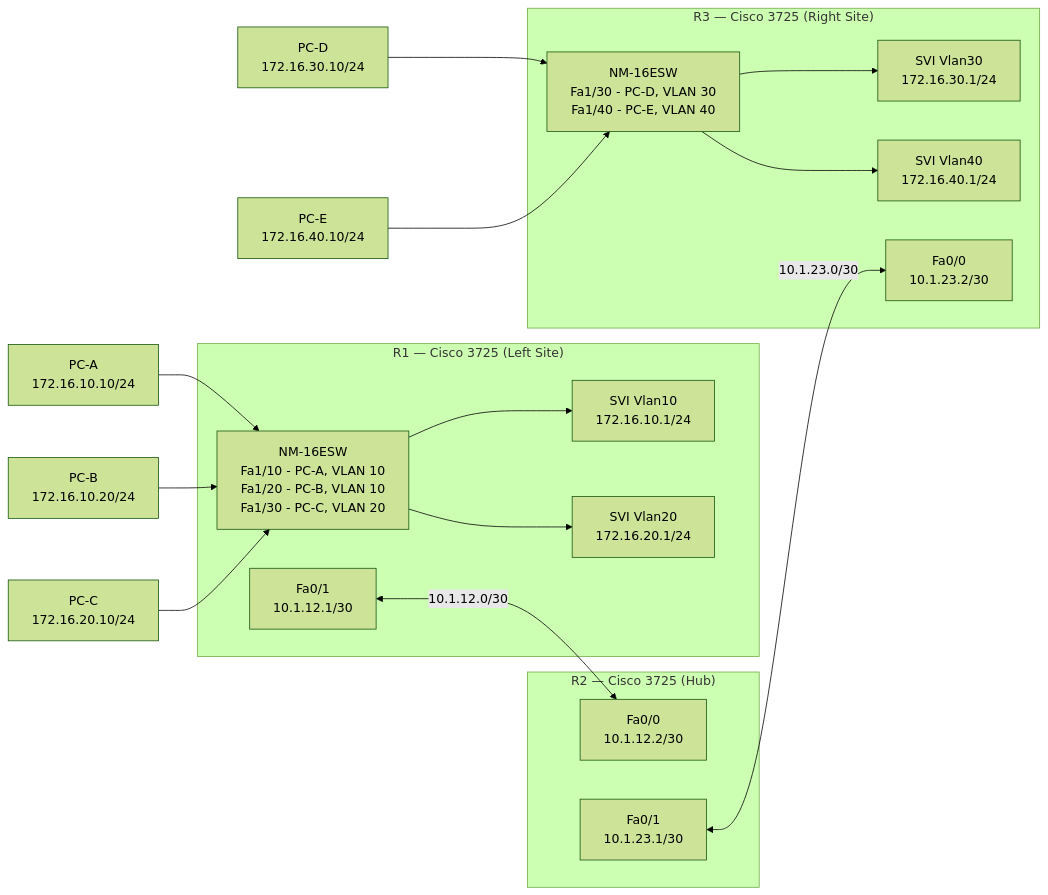
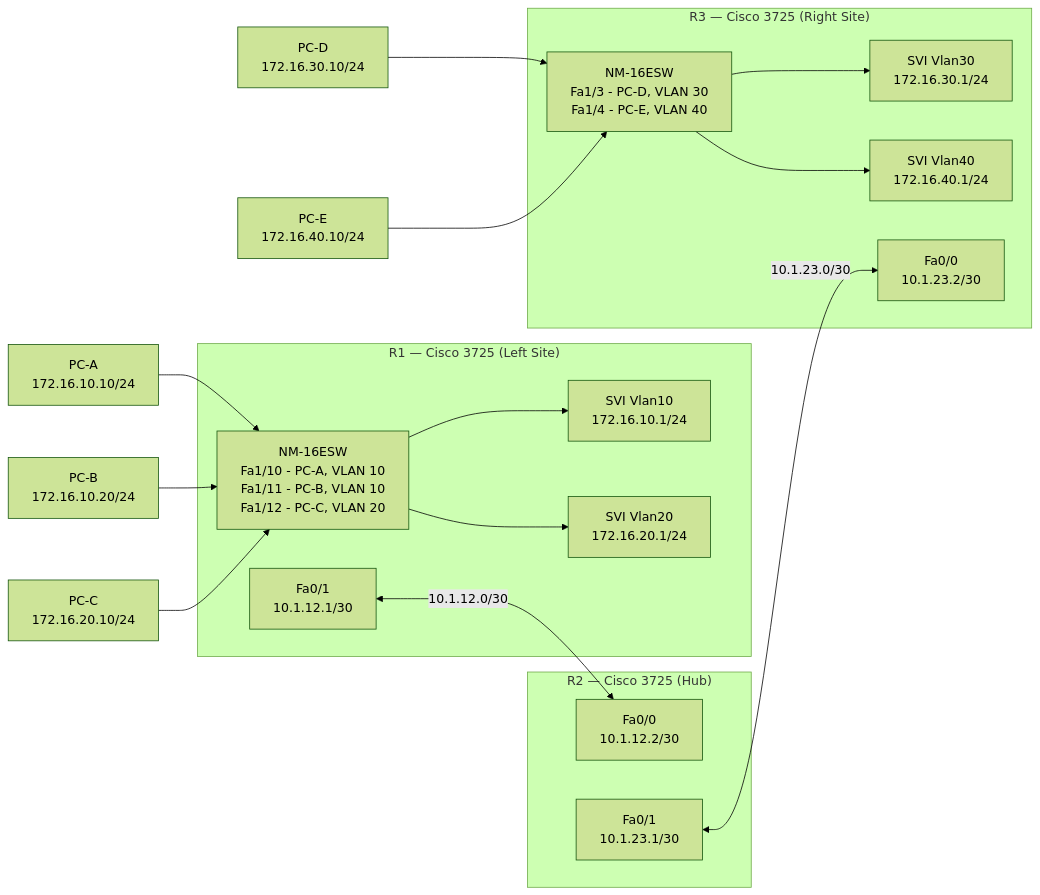
The diagram in docs/session8/topology.md (DaveGirgis/NetworkSwitchLab), drawn with Mermaid (forest theme) before and after one commit. The commit also changed other lines of this file and 2 other files, not shown here.

````diff
--- a/docs/session8/topology.md
+++ b/docs/session8/topology.md
@@ -3,33 +3,33 @@
 ```mermaid
 graph LR
     subgraph R1["R1 — Cisco 3725 (Left Site)"]
-        R1_NM["NM-16ESW\nFa1/10 - PC-A, VLAN 10\nFa1/20 - PC-B, VLAN 10\nFa1/30 - PC-C, VLAN 20"]
+        R1_NM["NM-16ESW\nFa1/10 - PC-A, VLAN 10\nFa1/11 - PC-B, VLAN 10\nFa1/12 - PC-C, VLAN 20"]
         R1_V10["SVI Vlan10\n172.16.10.1/24"]
         R1_V20["SVI Vlan20\n172.16.20.1/24"]
         R1_WAN["Fa0/1\n10.1.12.1/30"]
         R1_NM --> R1_V10
         R1_NM --> R1_V20
     end
 
     subgraph R2["R2 — Cisco 3725 (Hub)"]
         R2_L["Fa0/0\n10.1.12.2/30"]
         R2_R["Fa0/1\n10.1.23.1/30"]
     end
 
     subgraph R3["R3 — Cisco 3725 (Right Site)"]
-        R3_NM["NM-16ESW\nFa1/30 - PC-D, VLAN 30\nFa1/40 - PC-E, VLAN 40"]
+        R3_NM["NM-16ESW\nFa1/3 - PC-D, VLAN 30\nFa1/4 - PC-E, VLAN 40"]
         R3_V30["SVI Vlan30\n172.16.30.1/24"]
         R3_V40["SVI Vlan40\n172.16.40.1/24"]
         R3_WAN["Fa0/0\n10.1.23.2/30"]
         R3_NM --> R3_V30
         R3_NM --> R3_V40
     end
 
     PCA["PC-A\n172.16.10.10/24"] --> R1_NM
     PCB["PC-B\n172.16.10.20/24"] --> R1_NM
     PCC["PC-C\n172.16.20.10/24"] --> R1_NM
     R1_WAN <-->|"10.1.12.0/30"| R2_L
     R2_R <-->|"10.1.23.0/30"| R3_WAN
     PCD["PC-D\n172.16.30.10/24"] --> R3_NM
     PCE["PC-E\n172.16.40.10/24"] --> R3_NM
 ```
````
